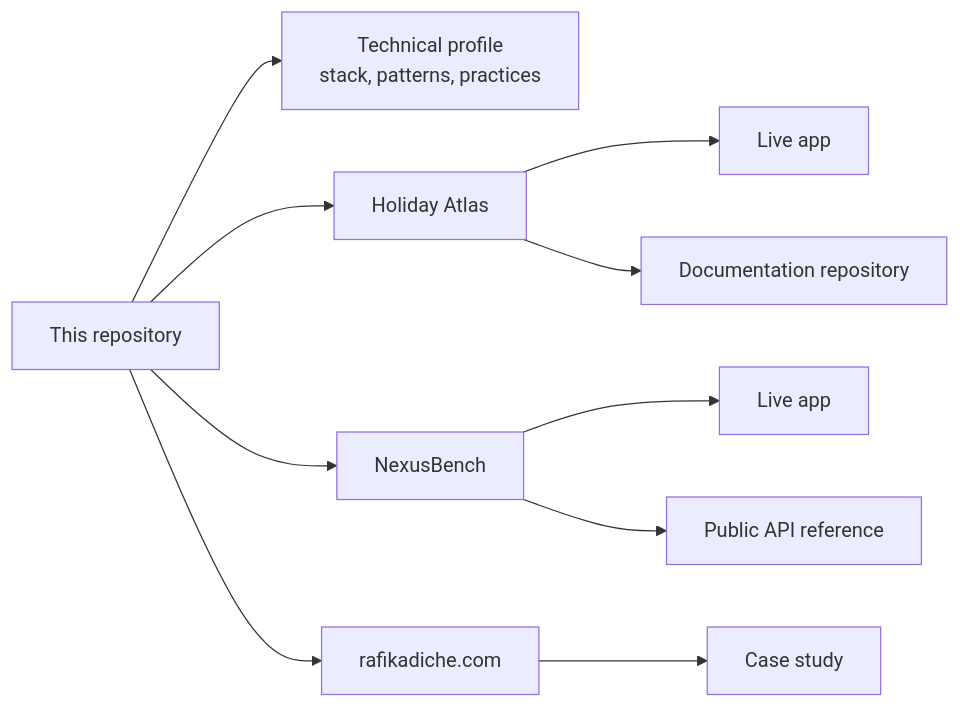
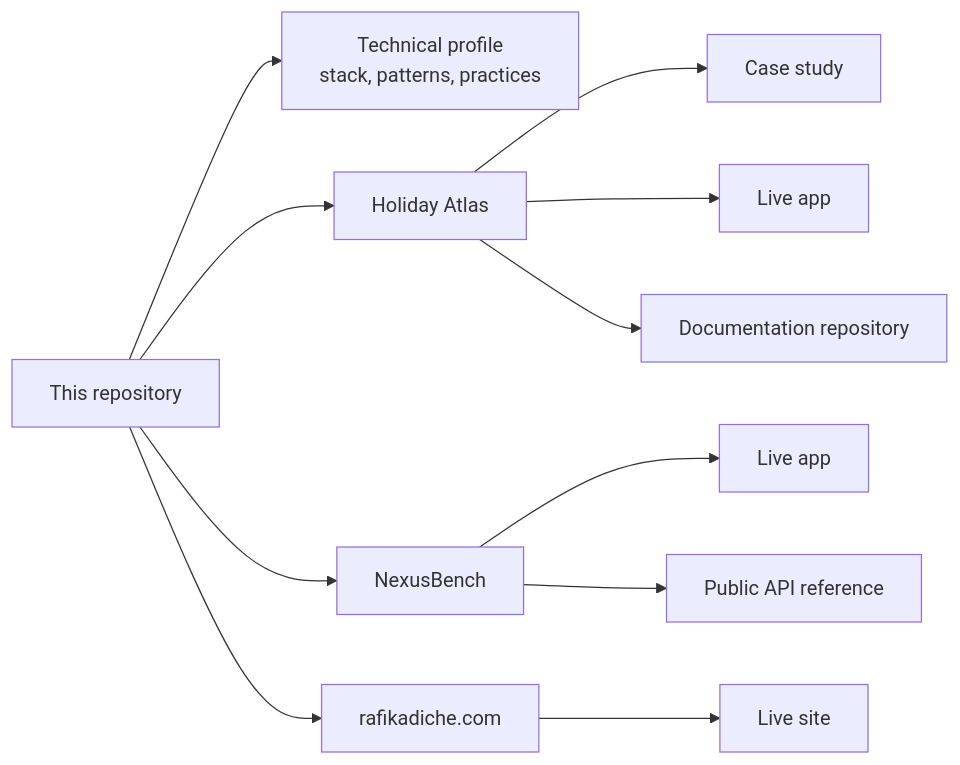
One commit to rafikadiche-portfolio-org/documentation changed the diagram in README.md. Above: the diagram before and after it, drawn with Mermaid. The commit also changed other lines of this file and 4 other files, not shown here.

First line of the commit message:
docs: make Holiday Atlas the one-page case study

````diff
--- a/README.md
+++ b/README.md
@@ -23,12 +23,13 @@
 ```mermaid
 flowchart LR
     HUB["This repository"] --> PROFILE["Technical profile<br/>stack, patterns, practices"]
     HUB --> HA["Holiday Atlas"]
     HUB --> NB["NexusBench"]
     HUB --> SITE["rafikadiche.com"]
+    HA --> CASE["Case study"]
     HA --> HAAPP["Live app"]
     HA --> HADOC["Documentation repository"]
     NB --> NBAPP["Live app"]
     NB --> NBAPI["Public API reference"]
-    SITE --> CASE["Case study"]
+    SITE --> SITEAPP["Live site"]
 ```
````
